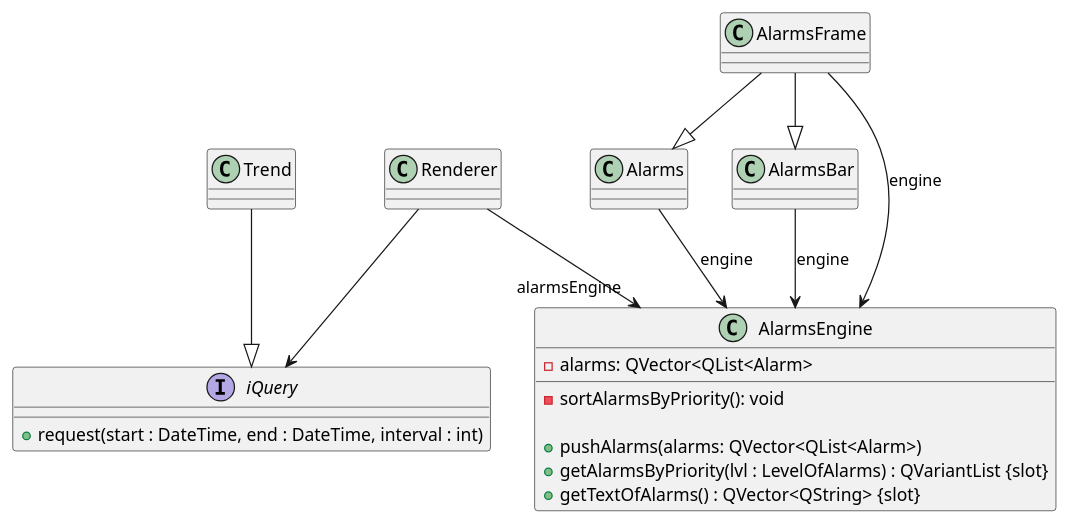
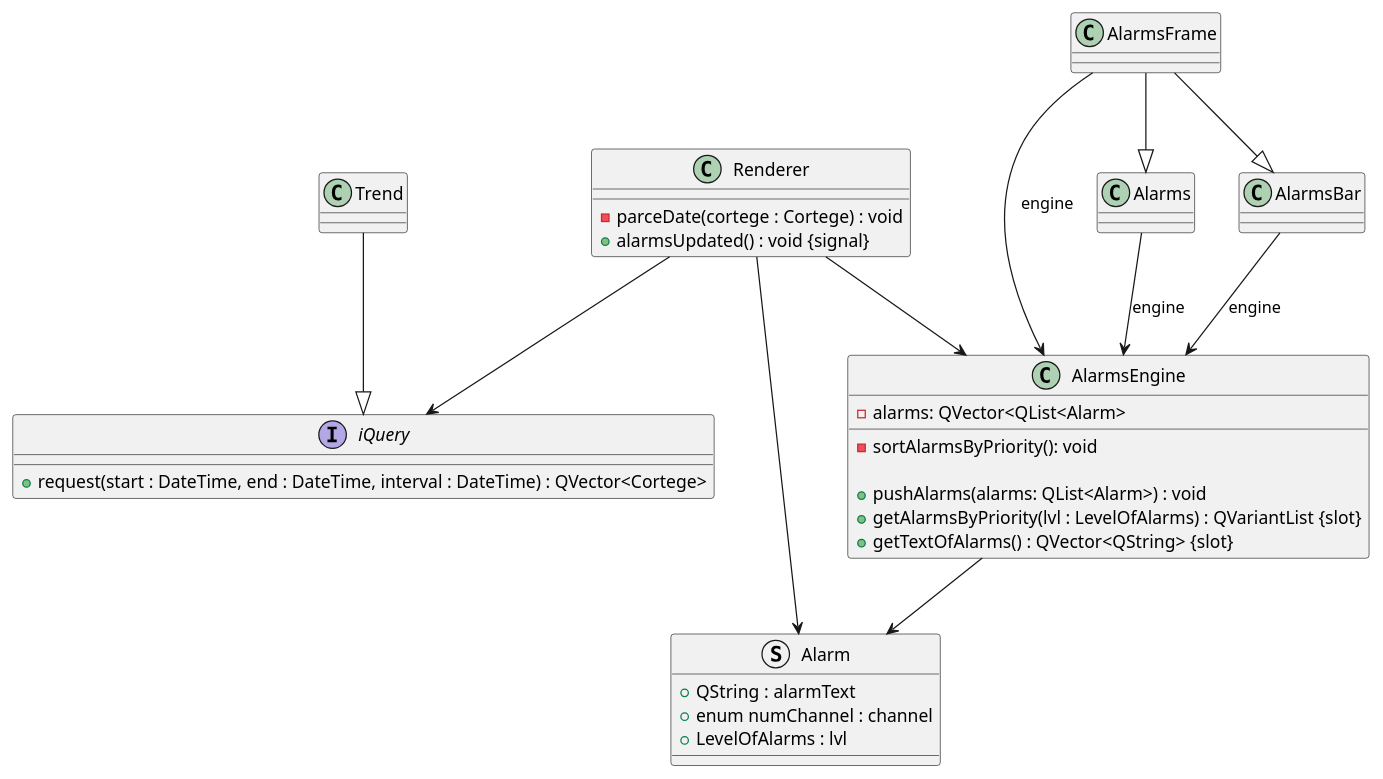
One commit to gpicugin/Diagrams changed the diagram in ClassDiagram.wsd. Above: the diagram before and after it, drawn with PlantUML. The commit also changed 1 other file, not shown here.

```diff
--- a/ClassDiagram.wsd
+++ b/ClassDiagram.wsd
@@ -1,41 +1,56 @@
 @startuml ClassDiagram
+
+class Renderer {
+    - parceDate(cortege : Cortege) : void
+    + alarmsUpdated() : void {signal}
+}
+
+interface iQuery {
+    + request(start : DateTime, end : DateTime, interval : DateTime) : QVector<Cortege>
+}
+
+class AlarmsEngine {
+    - alarms: QVector<QList<Alarm>
+    - sortAlarmsByPriority(): void
+
+    + pushAlarms(alarms: QList<Alarm>) : void
+    + getAlarmsByPriority(lvl : LevelOfAlarms) : QVariantList {slot}
+    + getTextOfAlarms() : QVector<QString> {slot}
+}
+
+struct Alarm {
+    + QString : alarmText
+    + enum numChannel : channel
+    + LevelOfAlarms : lvl
+}
+
+Renderer --> Alarm
+AlarmsEngine --> Alarm
 
 Renderer --> iQuery
 Trend --|> iQuery
 
-interface iQuery {
-    + request(start : DateTime, end : DateTime, interval : int)
-}
-
-Renderer --> "alarmsEngine" AlarmsEngine
+Renderer --> AlarmsEngine
 
 AlarmsFrame --|> Alarms
 Alarms --> AlarmsEngine : engine
 
 AlarmsFrame --> AlarmsEngine : engine
 
 AlarmsFrame --|> AlarmsBar
 AlarmsBar --> AlarmsEngine : engine
 
 
 
 
 
 
-class AlarmsEngine {
-    - alarms: QVector<QList<Alarm>
-    - sortAlarmsByPriority(): void
-
-    + pushAlarms(alarms: QVector<QList<Alarm>)
-    + getAlarmsByPriority(lvl : LevelOfAlarms) : QVariantList {slot}
-    + getTextOfAlarms() : QVector<QString> {slot}
-}
 
 
 
 
 
 
 
 
 @enduml
```
